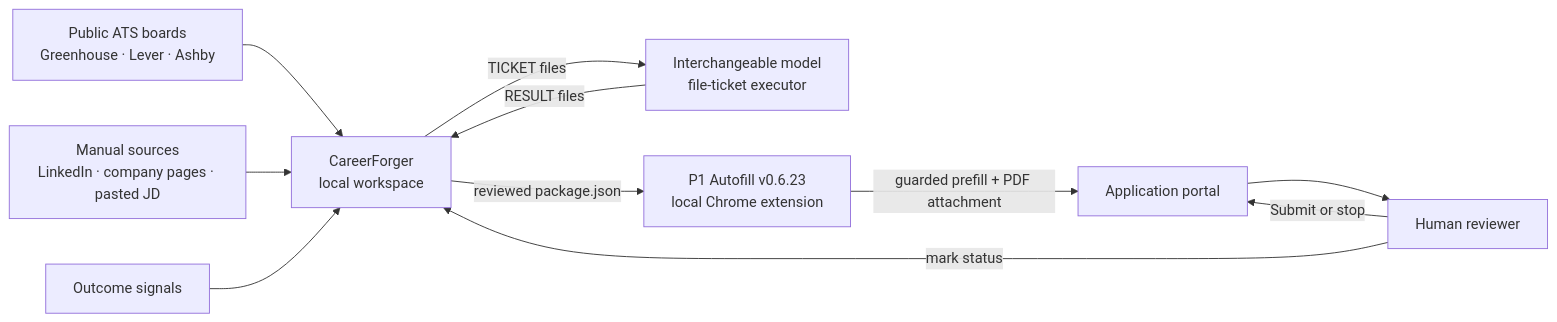
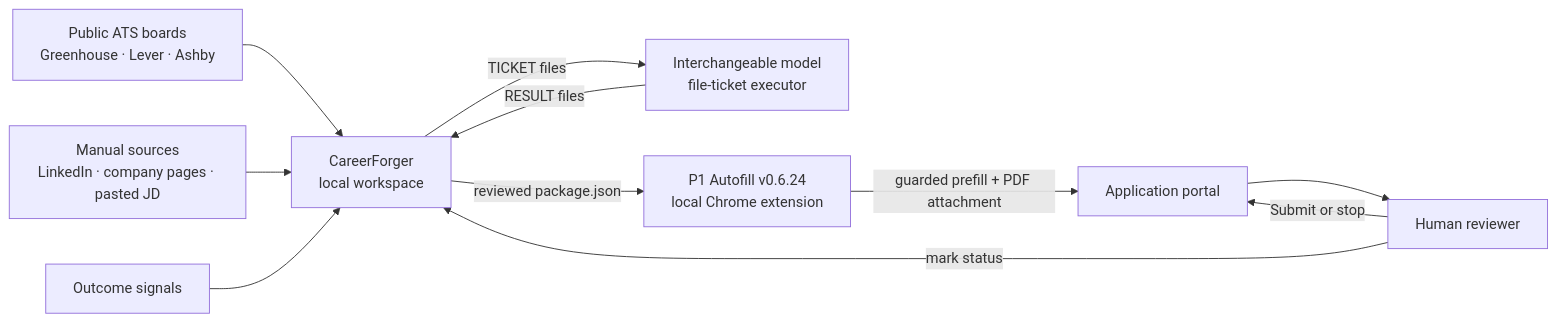
One commit to devothamgn321/CareerForger changed the first of 4 diagrams in docs/ARCHITECTURE.md. Above: the diagram before and after it, drawn with Mermaid. The commit also changed other lines of this file and 8 other files, not shown here.

````diff
--- a/docs/ARCHITECTURE.md
+++ b/docs/ARCHITECTURE.md
@@ -117,22 +117,22 @@
 ```mermaid
 flowchart LR
     ATS[Public ATS boards<br/>Greenhouse · Lever · Ashby]
     MANUAL[Manual sources<br/>LinkedIn · company pages · pasted JD]
     CF[CareerForger<br/>local workspace]
     MODEL[Interchangeable model<br/>file-ticket executor]
-    EXT[P1 Autofill v0.6.23<br/>local Chrome extension]
+    EXT[P1 Autofill v0.6.24<br/>local Chrome extension]
     PORTAL[Application portal]
     HUMAN[Human reviewer]
     OUTCOME[Outcome signals]
 
     ATS --> CF
     MANUAL --> CF
     CF -->|TICKET files| MODEL
     MODEL -->|RESULT files| CF
     CF -->|reviewed package.json| EXT
     EXT -->|guarded prefill + PDF attachment| PORTAL
     PORTAL --> HUMAN
     HUMAN -->|Submit or stop| PORTAL
     HUMAN -->|mark status| CF
     OUTCOME --> CF
 ```
````
